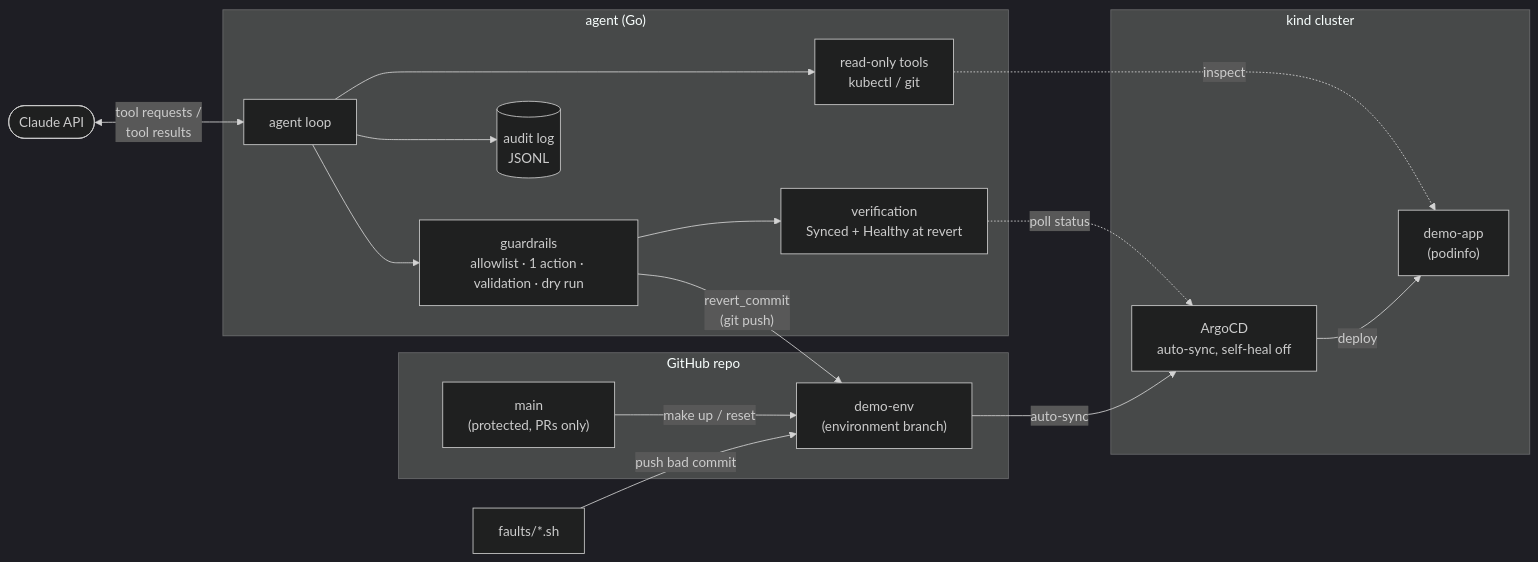
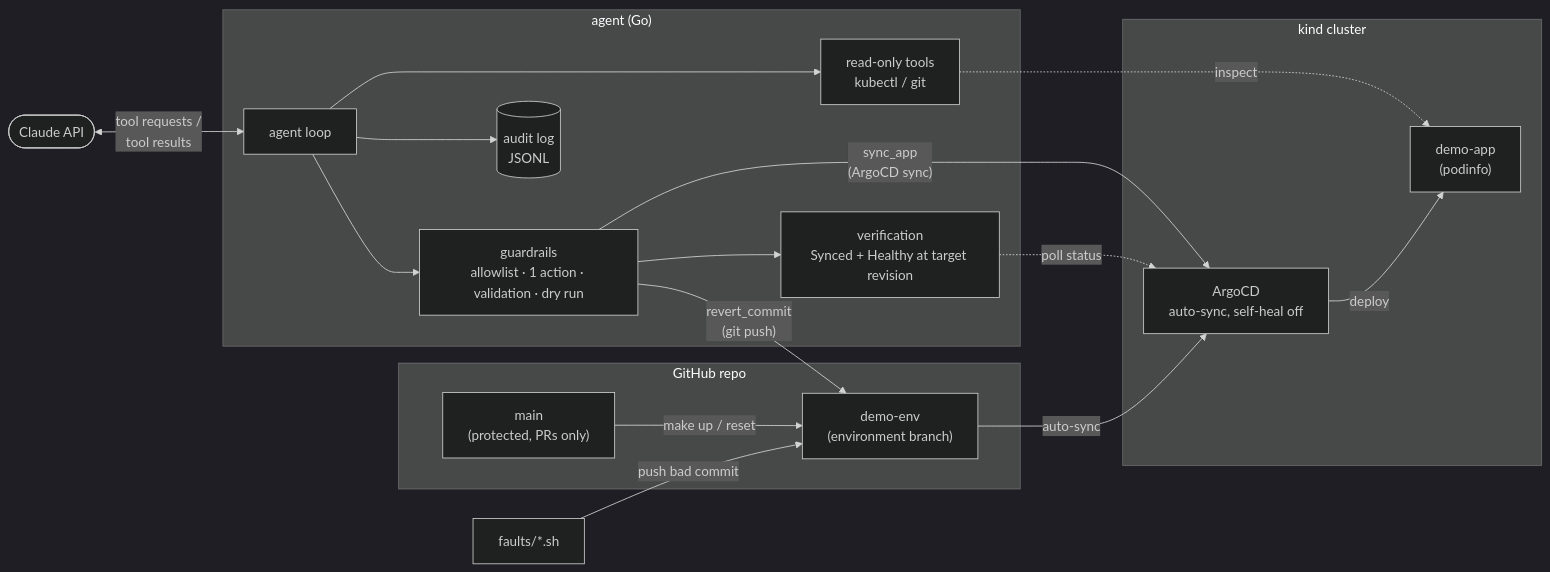
Before and after one commit to allangelman/k8s-remediation-agent: the diagram in README.md, drawn with Mermaid (dark theme). The commit also changed other lines of this file and 10 other files, not shown here.

First line of the commit message:
Add sync_app action for drift made outside Git

````diff
--- a/README.md
+++ b/README.md
@@ -75,38 +75,39 @@
 ```mermaid
 flowchart LR
     claude(["Claude API"])
 
     subgraph agent["agent (Go)"]
         loop["agent loop"]
         tools["read-only tools<br/>kubectl / git"]
         guard["guardrails<br/>allowlist · 1 action · validation · dry run"]
-        verify["verification<br/>Synced + Healthy at revert"]
+        verify["verification<br/>Synced + Healthy at target revision"]
         audit[("audit log<br/>JSONL")]
     end
 
     subgraph git["GitHub repo"]
         main["main<br/>(protected, PRs only)"]
         env["demo-env<br/>(environment branch)"]
     end
 
     faults["faults/*.sh"]
 
     subgraph kind["kind cluster"]
         argo["ArgoCD<br/>auto-sync, self-heal off"]
         app["demo-app<br/>(podinfo)"]
     end
 
     claude <-- "tool requests /<br/>tool results" --> loop
     loop --> audit
     loop --> tools
     loop --> guard
     tools -. "inspect" .-> app
     guard -- "revert_commit<br/>(git push)" --> env
+    guard -- "sync_app<br/>(ArgoCD sync)" --> argo
     guard --> verify
     verify -. "poll status" .-> argo
 
     main -- "make up / reset" --> env
     faults -- "push bad commit" --> env
     env -- "auto-sync" --> argo
     argo -- "deploy" --> app
 ```
````
